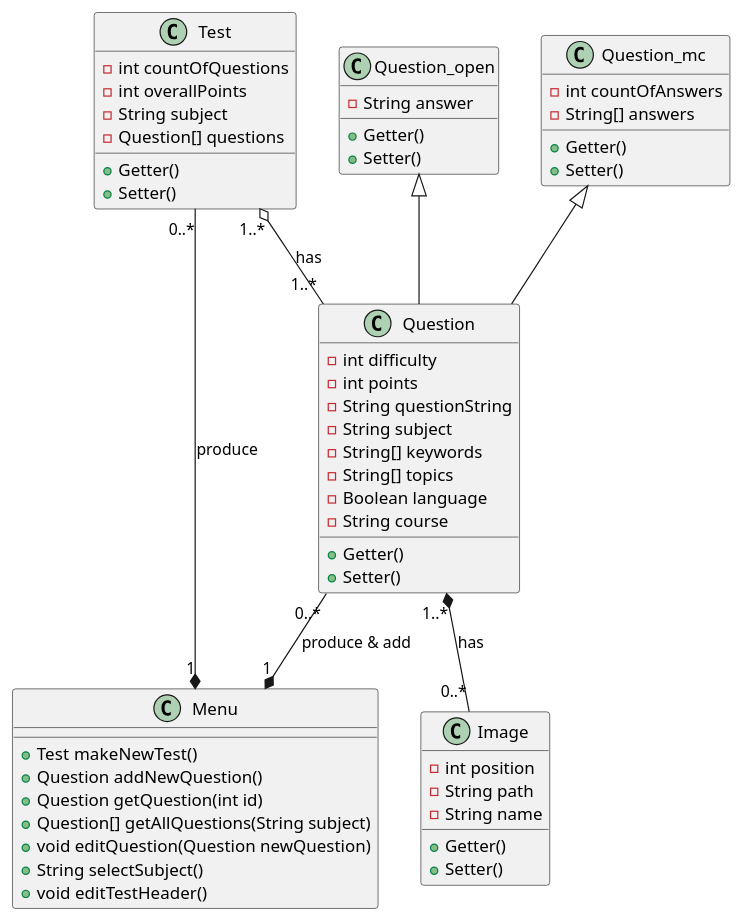
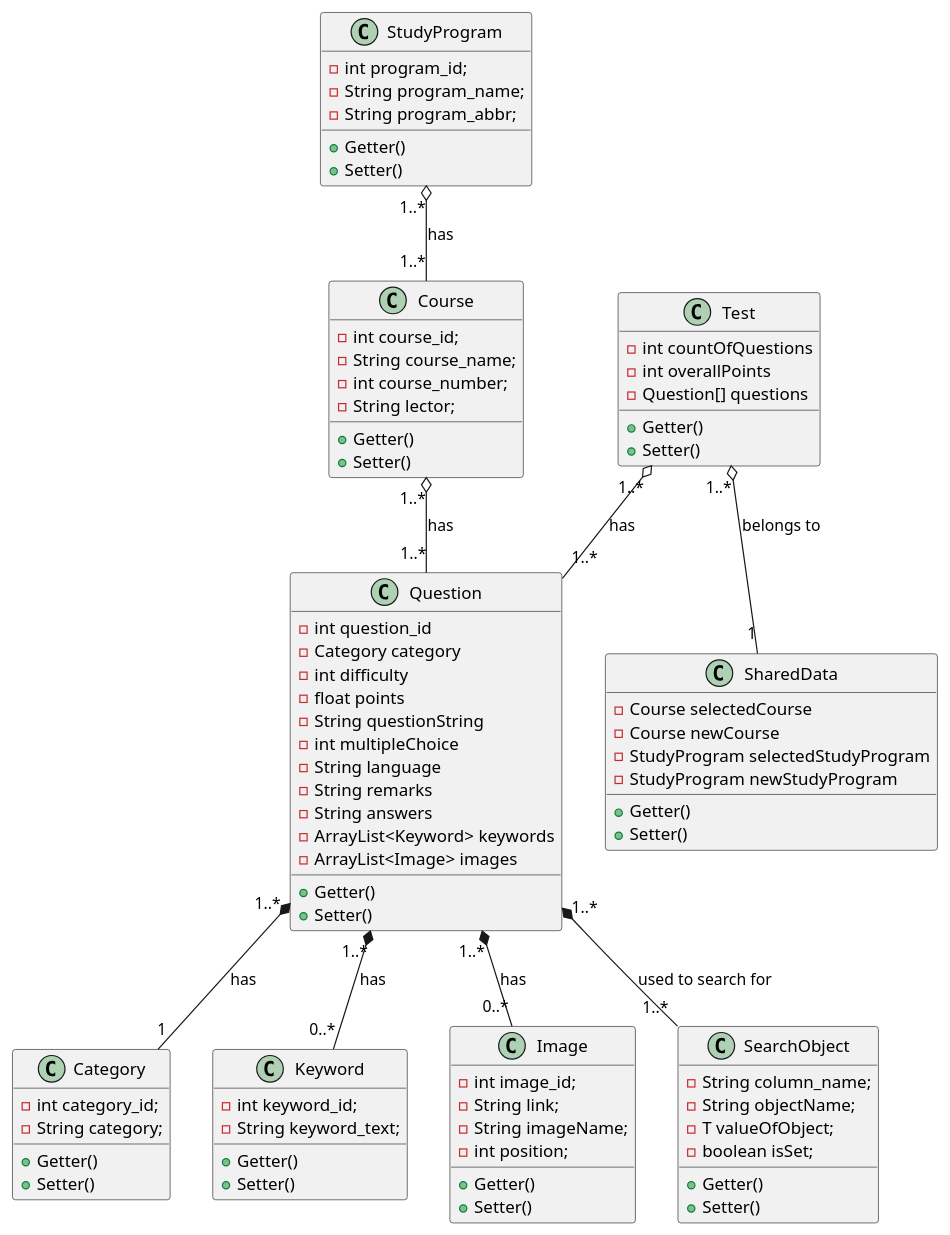
One commit to VladanPetkovic/Pruefungsgenerator changed the diagram in src/main/java/projekt.puml. Above: the diagram before and after it, drawn with PlantUML. The commit also changed 13 other files, not shown here.

Commit message:
updated classes & models & plantUML class diagram

```diff
--- a/src/main/java/projekt.puml
+++ b/src/main/java/projekt.puml
@@ -1,58 +1,95 @@
 @startuml
 'https://plantuml.com/class-diagram
+
+class StudyProgram {
+    -int program_id;
+    -String program_name;
+    -String program_abbr;
+    +Getter()
+    +Setter()
+}
+
+class Course {
+    -int course_id;
+    -String course_name;
+    -int course_number;
+    -String lector;
+    +Getter()
+    +Setter()
+}
+
 class Test {
     -int countOfQuestions
     -int overallPoints
-    -String subject
     -Question[] questions
     +Getter()
     +Setter()
 }
+
 class Question {
+    -int question_id
+    -Category category
     -int difficulty
-    -int points
+    -float points
     -String questionString
-    -String subject
-    -String[] keywords
-    -String[] topics
-    -Boolean language
-    -String course
+    -int multipleChoice
+    -String language
+    -String remarks
+    -String answers
+    -ArrayList<Keyword> keywords
+    -ArrayList<Image> images
     +Getter()
     +Setter()
 }
-class Question_open {
-    -String answer
+
+class Category {
+    -int category_id;
+    -String category;
     +Getter()
     +Setter()
 }
-class Question_mc {
-    -int countOfAnswers
-    -String[] answers
+
+class Keyword {
+    -int keyword_id;
+    -String keyword_text;
     +Getter()
     +Setter()
 }
+
 class Image {
-    -int position
-    -String path
-    -String name
+    -int image_id;
+    -String link;
+    -String imageName;
+    -int position;
     +Getter()
     +Setter()
 }
-class Menu {
-    +Test makeNewTest()
-    +Question addNewQuestion()
-    +Question getQuestion(int id)
-    +Question[] getAllQuestions(String subject)
-    +void editQuestion(Question newQuestion)
-    +String selectSubject()
-    +void editTestHeader()
+
+class SharedData {
+    -Course selectedCourse
+    -Course newCourse
+    -StudyProgram selectedStudyProgram
+    -StudyProgram newStudyProgram
+    +Getter()
+    +Setter()
 }
 
-Menu "1" *-- "0..*" Test : "produce"
-Question "0..*" --* "1" Menu : "produce & add"
+class SearchObject {
+    -String column_name;
+    -String objectName;
+    -T valueOfObject;
+    -boolean isSet;
+    +Getter()
+    +Setter()
+}
+
 Test "1..*" o-- "1..*" Question : "has"
+Test "1..*" o-- "1" SharedData : "belongs to"
+StudyProgram "1..*" o-- "1..*" Course : "has"
+Course "1..*" o-- "1..*" Question : "has"
 Question "1..*" *-- "0..*" Image : has
-Question_mc <|-- Question
-Question_open <|-- Question
+Question "1..*" *-- "0..*" Keyword : has
+Question "1..*" *-- "1" Category : has
+Question "1..*" *-- "1..*" SearchObject : used to search for
 
 @enduml
```
